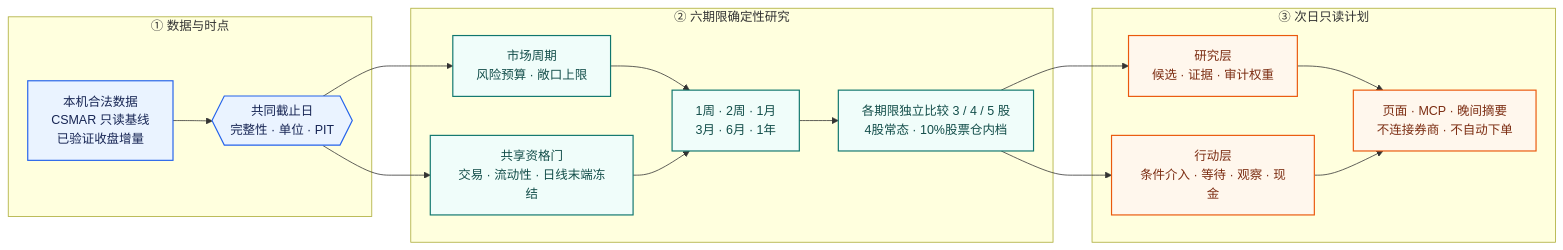
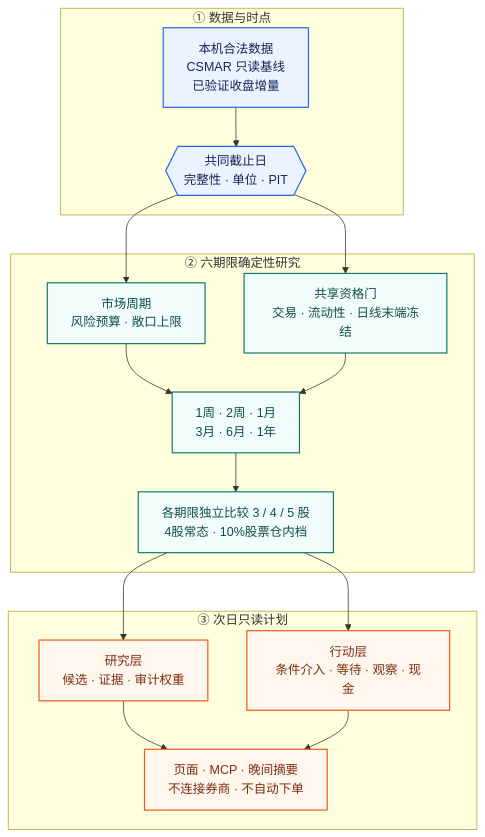
The first of 3 diagrams in README.md (zerongwong/a-share-lab), drawn with Mermaid before and after one commit. The commit also changed other lines of this file and 93 other files, not shown here.

Commit message:
feat: automate holding review and private chart reports

````diff
--- a/README.md
+++ b/README.md
@@ -93,37 +110,37 @@
 ```mermaid
-flowchart LR
+flowchart TB
     subgraph INPUT["① 数据与时点"]
         A["本机合法数据<br/>CSMAR 只读基线<br/>已验证收盘增量"]
         B{{"共同截止日<br/>完整性 · 单位 · PIT"}}
         A --> B
     end
 
     subgraph ENGINE["② 六期限确定性研究"]
         C["市场周期<br/>风险预算 · 敞口上限"]
         D["共享资格门<br/>交易 · 流动性 · 日线末端冻结"]
         E["1周 · 2周 · 1月<br/>3月 · 6月 · 1年"]
         F["各期限独立比较 3 / 4 / 5 股<br/>4股常态 · 10%股票仓内档"]
         C --> E
         D --> E --> F
     end
 
     subgraph OUTPUT["③ 次日只读计划"]
         G["研究层<br/>候选 · 证据 · 审计权重"]
         H["行动层<br/>条件介入 · 等待 · 观察 · 现金"]
         I["页面 · MCP · 晚间摘要<br/>不连接券商 · 不自动下单"]
         G --> I
         H --> I
     end
 
     B --> C
     B --> D
     F --> G
     F --> H
 
     classDef data fill:#EAF3FF,stroke:#2563EB,color:#172554,stroke-width:1.5px;
     classDef engine fill:#F0FDFA,stroke:#0F766E,color:#134E4A,stroke-width:1.5px;
     classDef output fill:#FFF7ED,stroke:#EA580C,color:#7C2D12,stroke-width:1.5px;
     class A,B data;
     class C,D,E,F engine;
     class G,H,I output;
 ```
````
